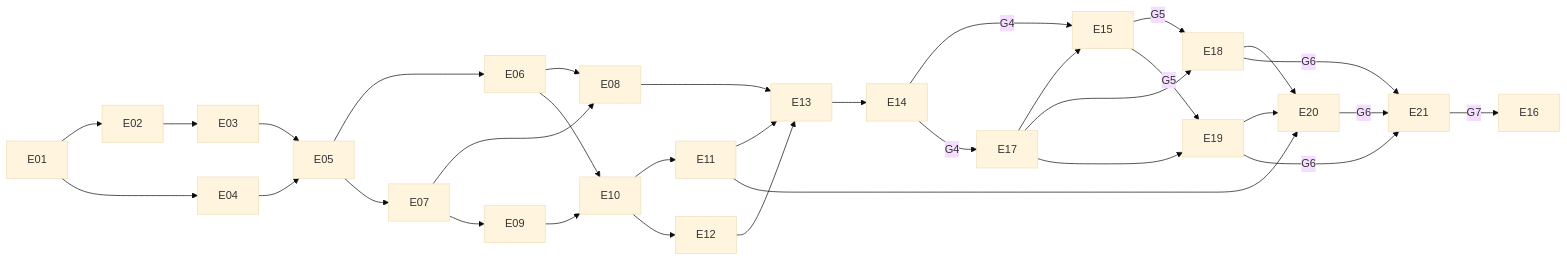
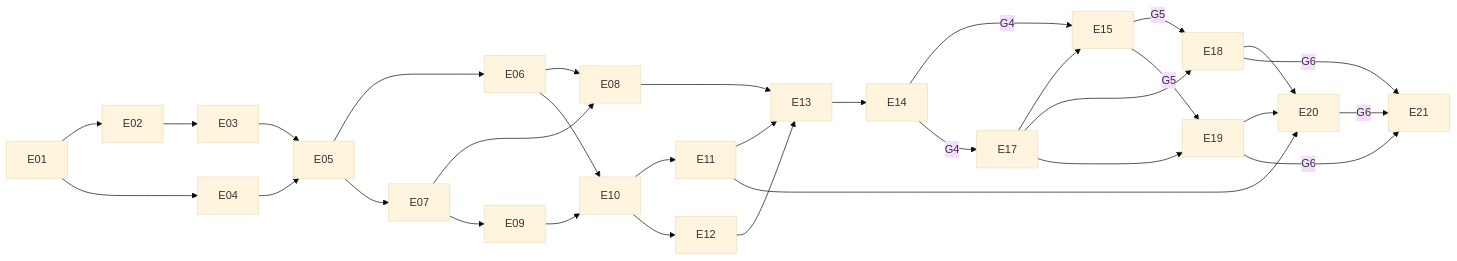
One commit to KaanEmec/vitamux changed the diagram in docs/plan/README.md. Above: the diagram before and after it, drawn with Mermaid (base theme). The commit also changed other lines of this file and 10 other files, not shown here.

````diff
--- a/docs/plan/README.md
+++ b/docs/plan/README.md
@@ -48,18 +47,17 @@
 ```mermaid
 flowchart LR
   E01 --> E02 --> E03 --> E05
   E01 --> E04 --> E05
   E05 --> E06 & E07
   E06 & E07 --> E08
   E07 --> E09
   E06 & E09 --> E10 --> E11
   E10 --> E12
   E08 & E11 & E12 --> E13 --> E14
   E14 -->|G4| E15 -->|G5| E18 & E19
   E14 -->|G4| E17 --> E15
   E17 --> E18 & E19
   E11 --> E20
   E18 & E19 --> E20
   E18 & E19 & E20 -->|G6| E21
-  E21 -->|G7| E16
 ```
````
